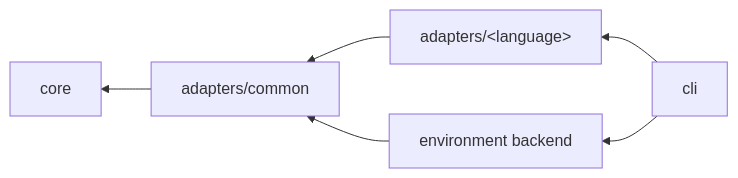
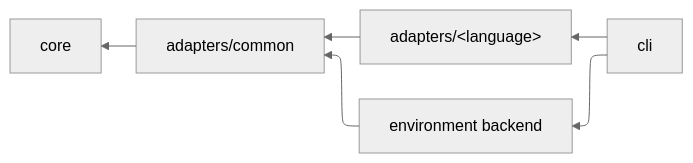
Before and after one commit to ayni-oss/ayni: the second of 3 diagrams in docs/contributing/adapters.md, drawn with Mermaid. The commit also changed other lines of this file and 31 other files, not shown here.

````diff
--- a/docs/contributing/adapters.md
+++ b/docs/contributing/adapters.md
@@ -70,8 +76,14 @@
 ```mermaid
+---
+config:
+  theme: neutral
+  look: classic
+  layout: elk
+---
 flowchart RL
   CLI["cli"] --> Adapter["adapters/&lt;language&gt;"]
   CLI --> Backend["environment backend"]
   Adapter --> Common["adapters/common"]
   Backend --> Common
   Common --> Core["core"]
 ```
````
